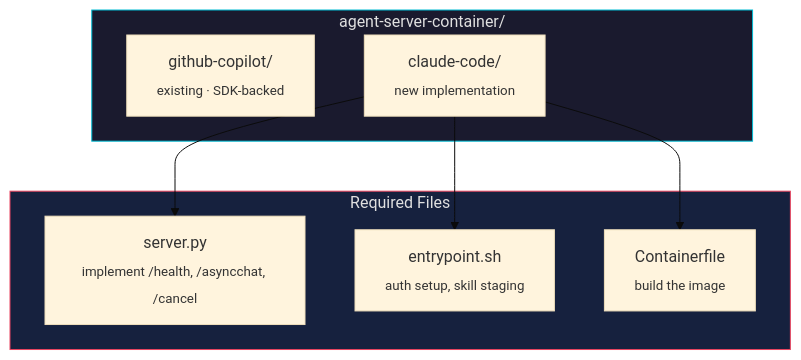
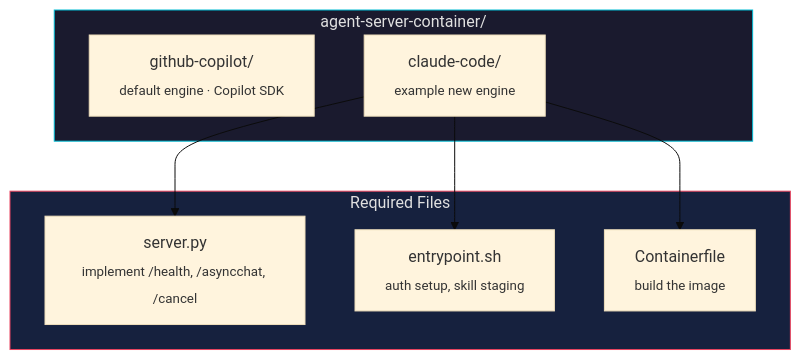
One commit to giofontana/kube-copilot-agent changed the sixth of 7 diagrams in README.md. Above: the diagram before and after it, drawn with Mermaid (base theme). The commit also changed other lines of this file, not shown here.

````diff
--- a/README.md
+++ b/README.md
@@ -721,20 +828,20 @@
 ```mermaid
 graph TB
     subgraph repo["agent-server-container/"]
-        A["github-copilot/<br/><sub>existing · SDK-backed</sub>"]
-        B["claude-code/<br/><sub>new implementation</sub>"]
+        A["github-copilot/<br/><sub>default engine · Copilot SDK</sub>"]
+        B["claude-code/<br/><sub>example new engine</sub>"]
     end
 
     subgraph files["Required Files"]
         F1["server.py<br/><sub>implement /health, /asyncchat, /cancel</sub>"]
         F2["entrypoint.sh<br/><sub>auth setup, skill staging</sub>"]
         F3["Containerfile<br/><sub>build the image</sub>"]
     end
 
     B --> F1
     B --> F2
     B --> F3
 
     style repo fill:#1a1a2e,stroke:#00bcd4,color:#e0e0e0
     style files fill:#16213e,stroke:#e94560,color:#e0e0e0
 ```
````
